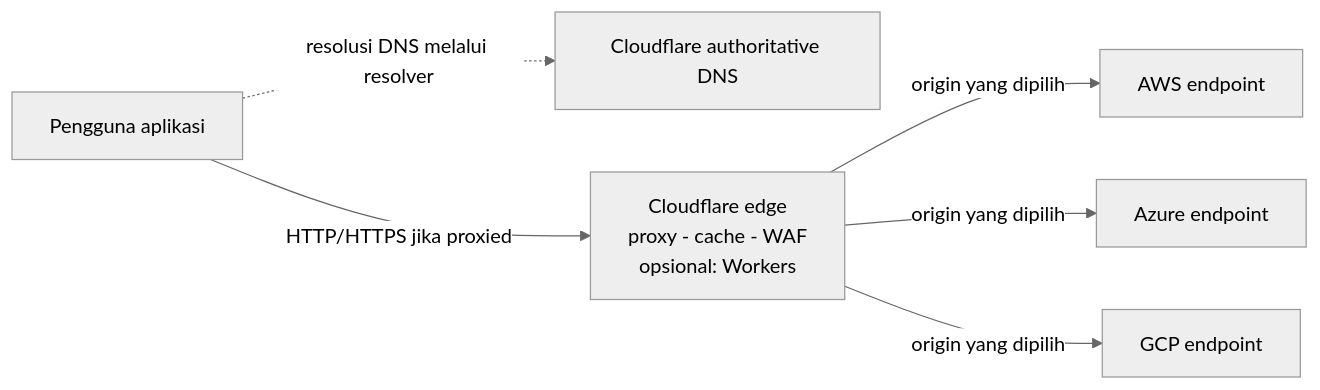
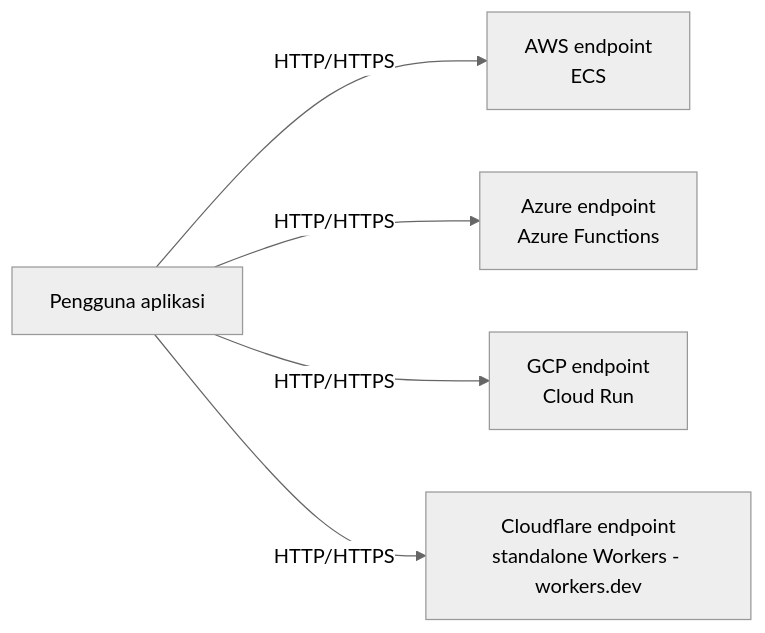
Before and after one commit to reiva5/reiva5.github.io: the second of 4 diagrams in projects/centralized-cloud-infrastructure/tdd.md, drawn with Mermaid (neutral theme). The commit also changed other lines of this file and 5 other files, not shown here.

First line of the commit message:
[Fix] Clarify Cloudflare Workers Scope in Iteration-1 TDD (#10)

````diff
--- a/projects/centralized-cloud-infrastructure/tdd.md
+++ b/projects/centralized-cloud-infrastructure/tdd.md
@@ -162,11 +164,8 @@
 ```mermaid
 flowchart LR
     User["Pengguna aplikasi"]
-    DNS["Cloudflare authoritative DNS"]
-    Edge["Cloudflare edge<br/>proxy - cache - WAF<br/>opsional: Workers"]
-    User -.->|"resolusi DNS melalui resolver"| DNS
-    User -->|"HTTP/HTTPS jika proxied"| Edge
-    Edge -->|"origin yang dipilih"| AWSOrigin["AWS endpoint"]
-    Edge -->|"origin yang dipilih"| AzureOrigin["Azure endpoint"]
-    Edge -->|"origin yang dipilih"| GCPOrigin["GCP endpoint"]
+    User -->|"HTTP/HTTPS"| AWSWorkload["AWS endpoint<br/>ECS"]
+    User -->|"HTTP/HTTPS"| AzureWorkload["Azure endpoint<br/>Azure Functions"]
+    User -->|"HTTP/HTTPS"| GCPWorkload["GCP endpoint<br/>Cloud Run"]
+    User -->|"HTTP/HTTPS"| CFWorker["Cloudflare endpoint<br/>standalone Workers - workers.dev"]
 ```
````
